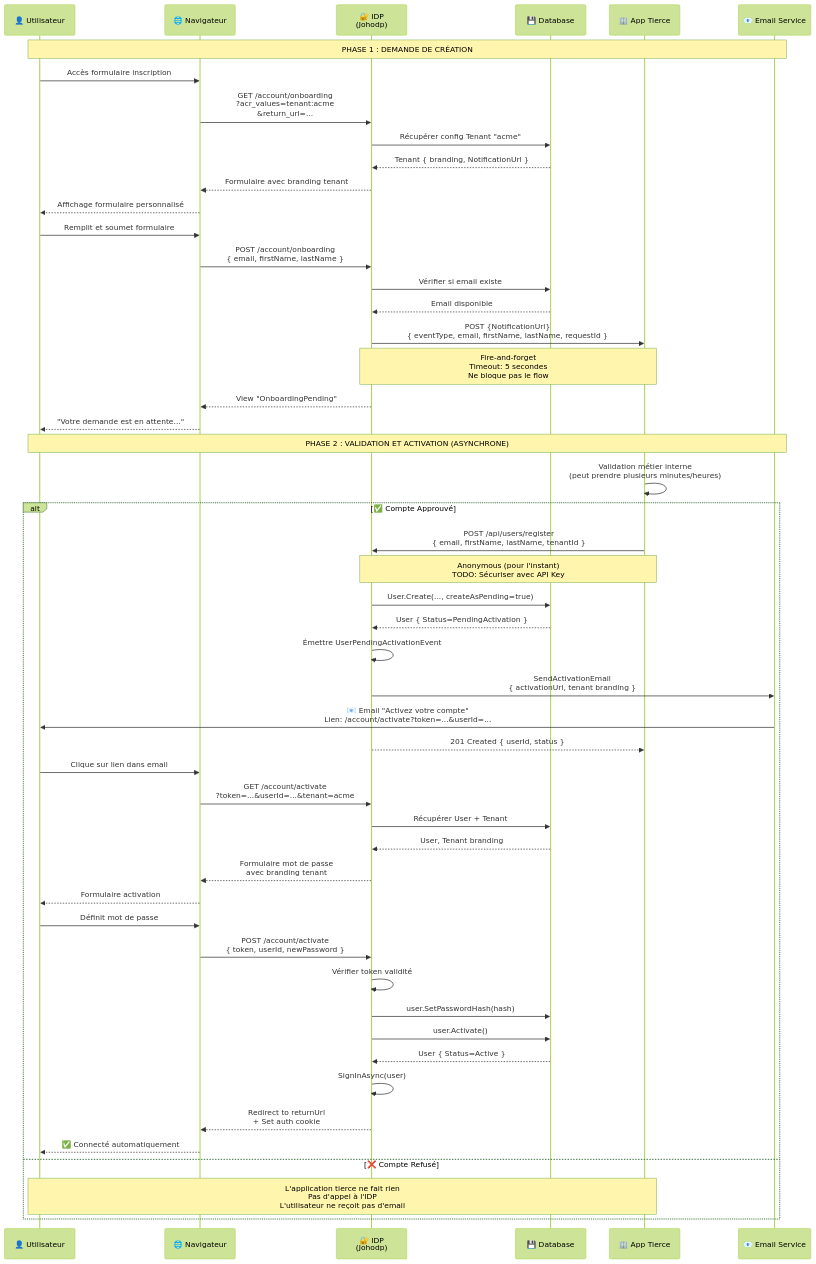
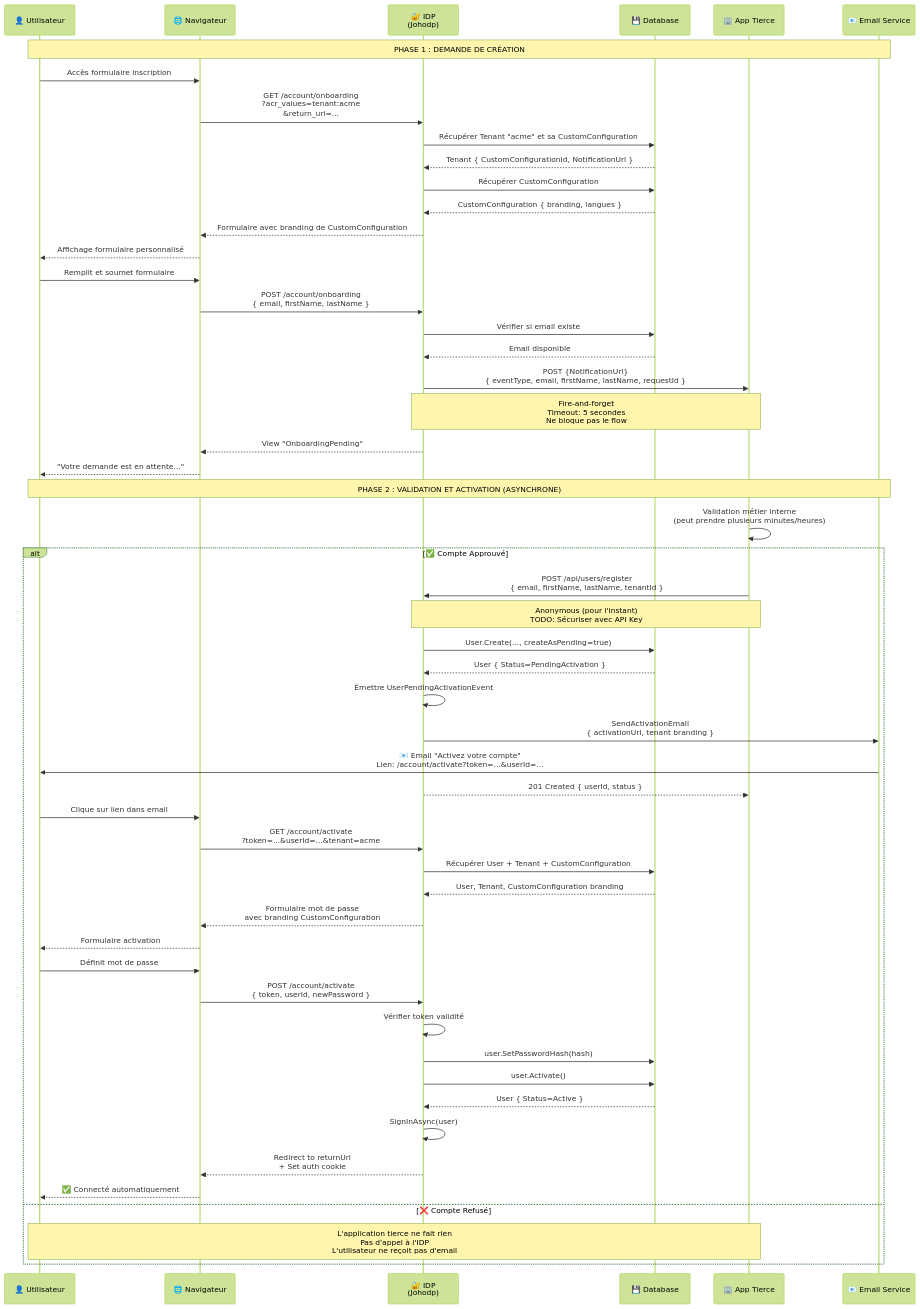
The first of 4 diagrams in ONBOARDING_FLOW.md (FantasticJoho/johodp), drawn with Mermaid (forest theme) before and after one commit. The commit also changed 109 other files, not shown here.

Commit message:
Refactor database migrations and configurations; remove unused UserTenant entity and tests; introduce CustomConfiguration entity and repository; update User and Tenant configurations to support new relationships and properties.

````diff
--- a/ONBOARDING_FLOW.md
+++ b/ONBOARDING_FLOW.md
@@ -38,72 +38,74 @@
 ```mermaid
 sequenceDiagram
     participant U as 👤 Utilisateur
     participant Browser as 🌐 Navigateur
     participant IDP as 🔐 IDP<br/>(Johodp)
     participant DB as 💾 Database
     participant APP as 🏢 App Tierce
     participant Email as 📧 Email Service
 
     Note over U,Email: PHASE 1 : DEMANDE DE CRÉATION
 
     U->>Browser: Accès formulaire inscription
     Browser->>IDP: GET /account/onboarding<br/>?acr_values=tenant:acme<br/>&return_url=...
-    IDP->>DB: Récupérer config Tenant "acme"
-    DB-->>IDP: Tenant { branding, NotificationUrl }
-    IDP-->>Browser: Formulaire avec branding tenant
+    IDP->>DB: Récupérer Tenant "acme" et sa CustomConfiguration
+    DB-->>IDP: Tenant { CustomConfigurationId, NotificationUrl }
+    IDP->>DB: Récupérer CustomConfiguration
+    DB-->>IDP: CustomConfiguration { branding, langues }
+    IDP-->>Browser: Formulaire avec branding de CustomConfiguration
     Browser-->>U: Affichage formulaire personnalisé
 
     U->>Browser: Remplit et soumet formulaire
     Browser->>IDP: POST /account/onboarding<br/>{ email, firstName, lastName }
     
     IDP->>DB: Vérifier si email existe
     DB-->>IDP: Email disponible
     
     IDP->>APP: POST {NotificationUrl}<br/>{ eventType, email, firstName, lastName, requestId }
     Note over IDP,APP: Fire-and-forget<br/>Timeout: 5 secondes<br/>Ne bloque pas le flow
     
     IDP-->>Browser: View "OnboardingPending"
     Browser-->>U: "Votre demande est en attente..."
 
     Note over U,Email: PHASE 2 : VALIDATION ET ACTIVATION (ASYNCHRONE)
 
     APP->>APP: Validation métier interne<br/>(peut prendre plusieurs minutes/heures)
     
     alt ✅ Compte Approuvé
         APP->>IDP: POST /api/users/register<br/>{ email, firstName, lastName, tenantId }
         Note over APP,IDP: Anonymous (pour l'instant)<br/>TODO: Sécuriser avec API Key
         
         IDP->>DB: User.Create(..., createAsPending=true)
         DB-->>IDP: User { Status=PendingActivation }
         
         IDP->>IDP: Émettre UserPendingActivationEvent
         IDP->>Email: SendActivationEmail<br/>{ activationUrl, tenant branding }
         
         Email->>U: 📧 Email "Activez votre compte"<br/>Lien: /account/activate?token=...&userId=...
         
         IDP-->>APP: 201 Created { userId, status }
         
         U->>Browser: Clique sur lien dans email
         Browser->>IDP: GET /account/activate<br/>?token=...&userId=...&tenant=acme
         
-        IDP->>DB: Récupérer User + Tenant
-        DB-->>IDP: User, Tenant branding
-        IDP-->>Browser: Formulaire mot de passe<br/>avec branding tenant
+        IDP->>DB: Récupérer User + Tenant + CustomConfiguration
+        DB-->>IDP: User, Tenant, CustomConfiguration branding
+        IDP-->>Browser: Formulaire mot de passe<br/>avec branding CustomConfiguration
         Browser-->>U: Formulaire activation
         
         U->>Browser: Définit mot de passe
         Browser->>IDP: POST /account/activate<br/>{ token, userId, newPassword }
         
         IDP->>IDP: Vérifier token validité
         IDP->>DB: user.SetPasswordHash(hash)
         IDP->>DB: user.Activate()
         DB-->>IDP: User { Status=Active }
         
         IDP->>IDP: SignInAsync(user)
         IDP-->>Browser: Redirect to returnUrl<br/>+ Set auth cookie
         Browser-->>U: ✅ Connecté automatiquement
         
     else ❌ Compte Refusé
         Note over APP,U: L'application tierce ne fait rien<br/>Pas d'appel à l'IDP<br/>L'utilisateur ne reçoit pas d'email
     end
 ```
````
